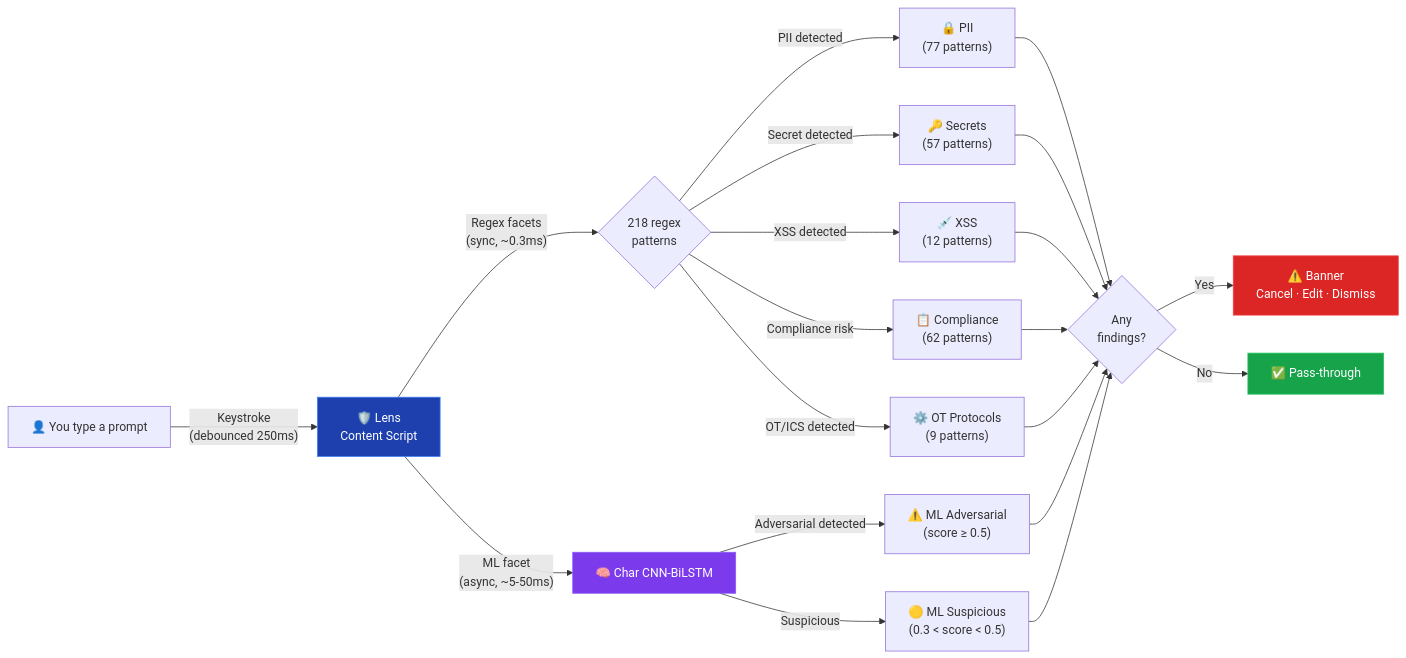
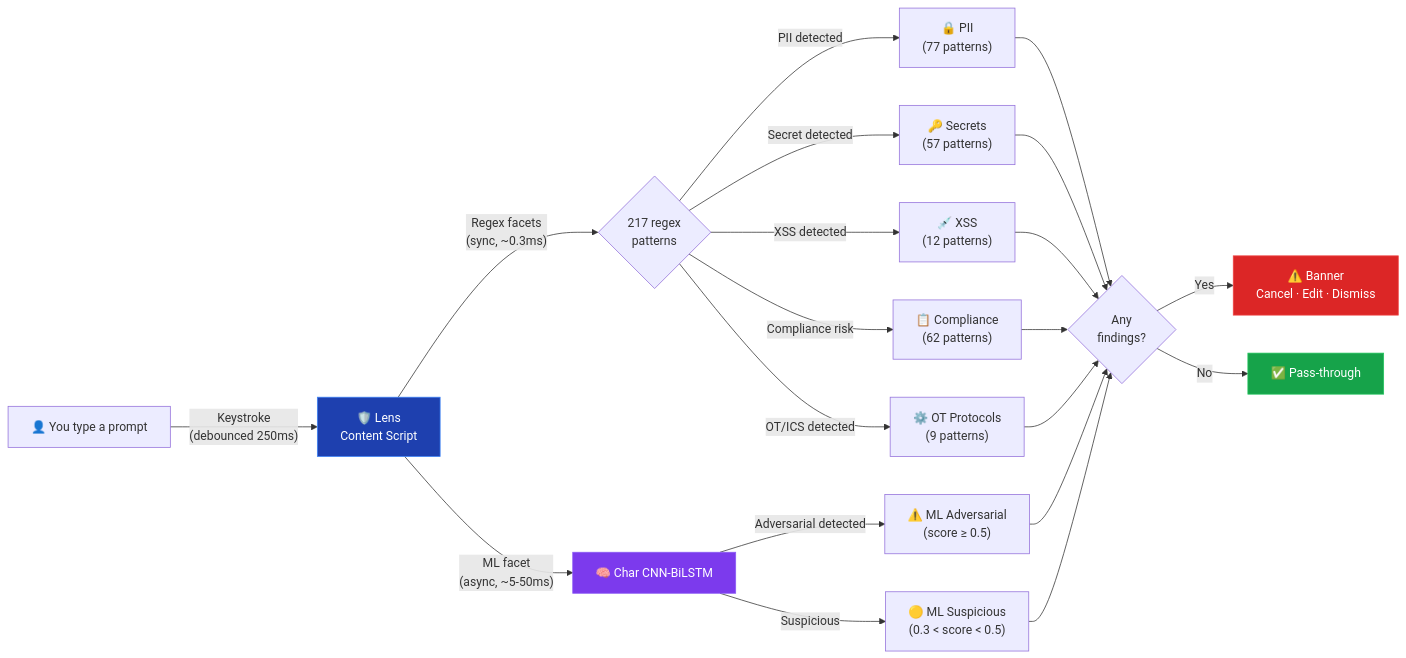
Before and after one commit to aegisgatesecurity/aegisgate-lens: the diagram in README.md, drawn with Mermaid. The commit also changed other lines of this file and 16 other files, not shown here.

````diff
--- a/README.md
+++ b/README.md
@@ -113,23 +113,23 @@
 ```mermaid
 flowchart LR
     User["👤 You type a prompt"] -->|"Keystroke<br/>(debounced 250ms)"| Lens["🛡️ Lens<br/>Content Script"]
-    Lens -->|"Regex facets<br/>(sync, ~0.3ms)"| Regex{"218 regex<br/>patterns"}
+    Lens -->|"Regex facets<br/>(sync, ~0.3ms)"| Regex{"217 regex<br/>patterns"}
     Lens -->|"ML facet<br/>(async, ~5-50ms)"| ML["🧠 Char CNN-BiLSTM"]
 
     Regex -->|"PII detected"| PII["🔒 PII<br/>(77 patterns)"]
     Regex -->|"Secret detected"| Secret["🔑 Secrets<br/>(57 patterns)"]
     Regex -->|"XSS detected"| XSS["💉 XSS<br/>(12 patterns)"]
     Regex -->|"Compliance risk"| Comp["📋 Compliance<br/>(62 patterns)"]
     Regex -->|"OT/ICS detected"| OT["⚙️ OT Protocols<br/>(9 patterns)"]
     ML -->|"Adversarial detected"| Adv["⚠️ ML Adversarial<br/>(score ≥ 0.5)"]
     ML -->|"Suspicious"| Sus["🟡 ML Suspicious<br/>(0.3 < score < 0.5)"]
 
     PII & Secret & XSS & Comp & OT & Adv & Sus --> Decision{"Any<br/>findings?"}
     Decision -->|"Yes"| Banner["⚠️ Banner<br/>Cancel · Edit · Dismiss"]
     Decision -->|"No"| Pass["✅ Pass-through"]
 
     style Lens fill:#1e40af,stroke:#3b82f6,color:#fff
     style ML fill:#7c3aed,stroke:#8b5cf6,color:#fff
     style Banner fill:#dc2626,stroke:#ef4444,color:#fff
     style Pass fill:#16a34a,stroke:#22c55e,color:#fff
 ```
````
